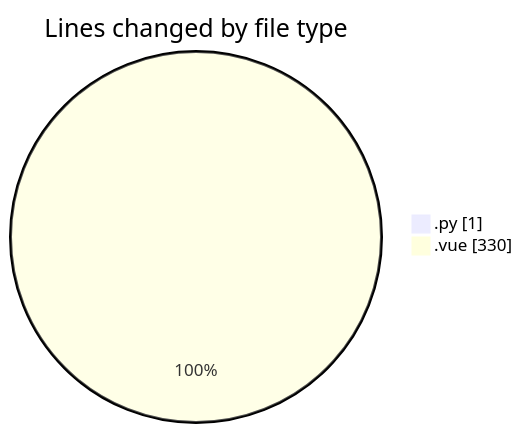
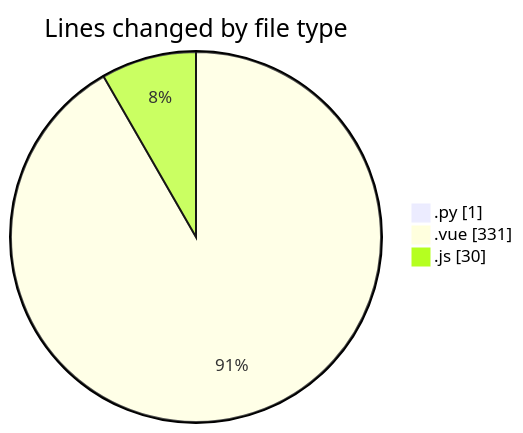
The first of 2 diagrams in 2025-05-12/cancelacionsegurosvida/README.md (jcpc91/code-tracking), drawn with Mermaid before and after one commit. The commit also changed other lines of this file and 1 other file, not shown here.

````diff
--- a/2025-05-12/cancelacionsegurosvida/README.md
+++ b/2025-05-12/cancelacionsegurosvida/README.md
@@ -23,6 +24,7 @@
 ```mermaid
 pie showData
 title Lines changed by file type
 ".py" : 1
-".vue" : 330
+".vue" : 331
+".js" : 30
 ```
````
